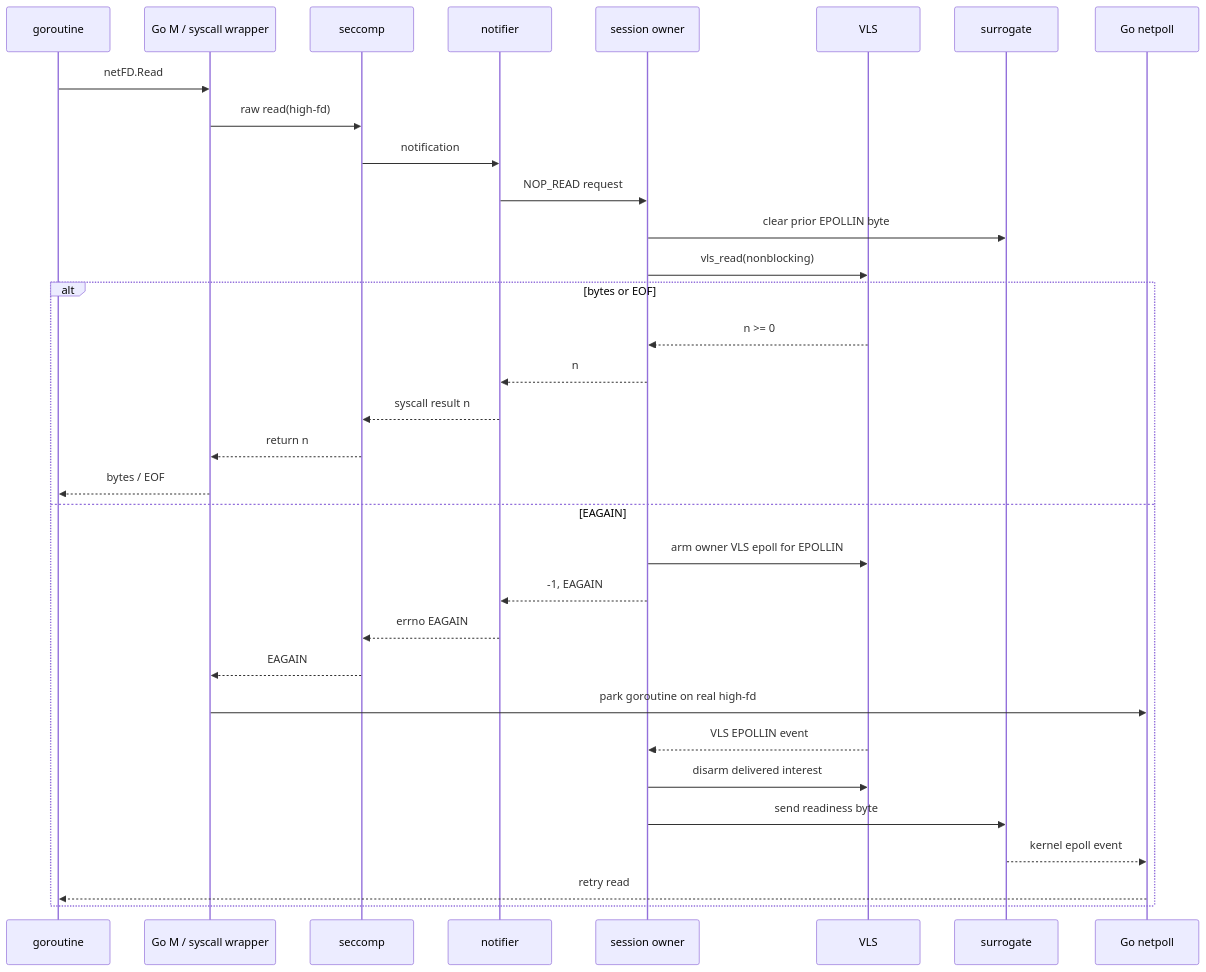
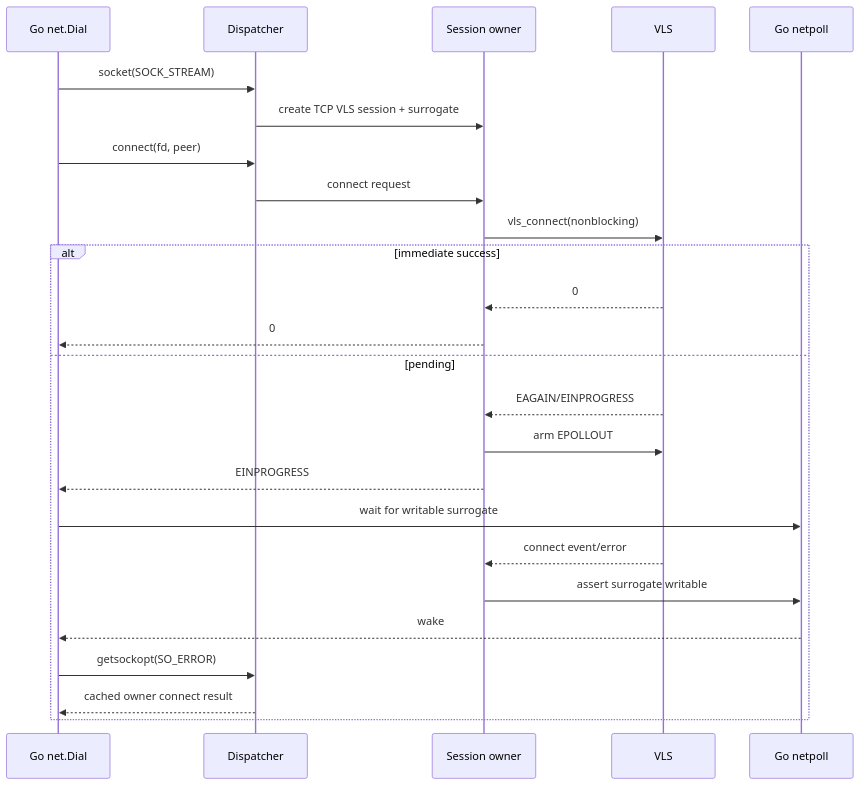
Before and after one commit to aritrbas/vclgo: the fourth of 5 diagrams in docs/architecture.md, drawn with Mermaid. The commit also changed other lines of this file and 32 other files, not shown here.

````diff
--- a/docs/architecture.md
+++ b/docs/architecture.md
@@ -275,36 +389,28 @@
-```mermaid
+~~~mermaid
 sequenceDiagram
-    participant G as goroutine
-    participant M as Go M / syscall wrapper
-    participant K as seccomp
-    participant N as notifier
-    participant O as session owner
+    participant G as Go net.Dial
+    participant D as Dispatcher
+    participant O as Session owner
     participant V as VLS
-    participant S as surrogate
-    participant P as Go netpoll
+    participant N as Go netpoll
 
-    G->>M: netFD.Read
-    M->>K: raw read(high-fd)
-    K->>N: notification
-    N->>O: NOP_READ request
-    O->>S: clear prior EPOLLIN byte
-    O->>V: vls_read(nonblocking)
-    alt bytes or EOF
-        V-->>O: n >= 0
-        O-->>N: n
-        N-->>K: syscall result n
-        K-->>M: return n
-        M-->>G: bytes / EOF
-    else EAGAIN
-        O->>V: arm owner VLS epoll for EPOLLIN
-        O-->>N: -1, EAGAIN
-        N-->>K: errno EAGAIN
-        K-->>M: EAGAIN
-        M->>P: park goroutine on real high-fd
-        V-->>O: VLS EPOLLIN event
-        O->>V: disarm delivered interest
-        O->>S: send readiness byte
-        S-->>P: kernel epoll event
-        P-->>G: retry read
+    G->>D: socket(SOCK_STREAM)
+    D->>O: create TCP VLS session + surrogate
+    G->>D: connect(fd, peer)
+    D->>O: connect request
+    O->>V: vls_connect(nonblocking)
+    alt immediate success
+        V-->>O: 0
+        O-->>G: 0
+    else pending
+        V-->>O: EAGAIN/EINPROGRESS
+        O->>V: arm EPOLLOUT
+        O-->>G: EINPROGRESS
+        G->>N: wait for writable surrogate
+        V-->>O: connect event/error
+        O->>N: assert surrogate writable
+        N-->>G: wake
+        G->>D: getsockopt(SO_ERROR)
+        D-->>G: cached owner connect result
     end
-```
+~~~
````
